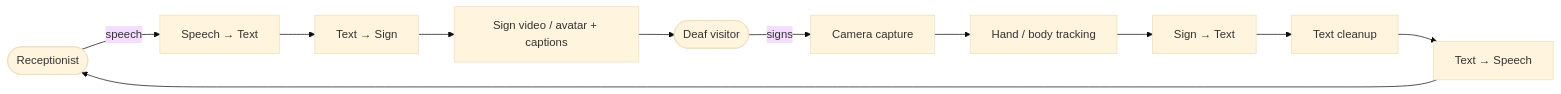
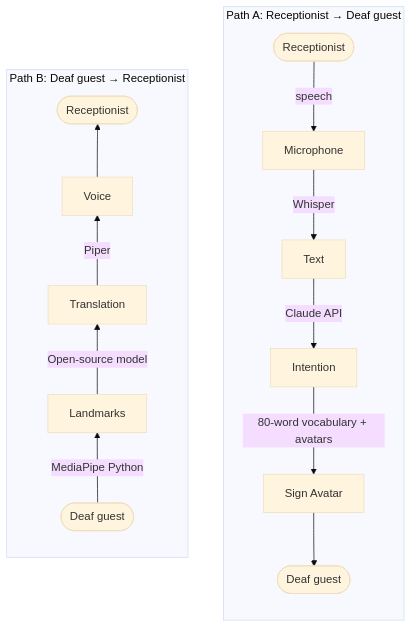
Before and after one commit to nmuller17/Bolna-Buildathon: the diagram in Directions.md, drawn with Mermaid (base theme). The commit also changed other lines of this file and 29 other files, not shown here.

First line of the commit message:
Scaffold sign language translator: backend, frontend, model, and scripts

````diff
--- a/Directions.md
+++ b/Directions.md
@@ -7,14 +7,19 @@
 ```mermaid
-flowchart LR
-    R([Receptionist]) -- speech --> A1[Speech → Text]
-    A1 --> A2[Text → Sign]
-    A2 --> A3[Sign video / avatar + captions]
-    A3 --> D([Deaf visitor])
+flowchart TB
+    subgraph A[Path A: Receptionist → Deaf guest]
+        direction TB
+        R1([Receptionist]) -- speech --> A1[Microphone]
+        A1 -- Whisper --> A2[Text]
+        A2 -- Claude API --> A3[Intention]
+        A3 -- 80-word vocabulary + avatars --> A4[Sign Avatar]
+        A4 --> D1([Deaf guest])
+    end
 
-    D -- signs --> B1[Camera capture]
-    B1 --> B2[Hand / body tracking]
-    B2 --> B3[Sign → Text]
-    B3 --> B4[Text cleanup]
-    B4 --> B5[Text → Speech]
-    B5 --> R
+    subgraph B[Path B: Deaf guest → Receptionist]
+        direction BT
+        D2([Deaf guest]) -- MediaPipe Python --> B1[Landmarks]
+        B1 -- Open-source model --> B2[Translation]
+        B2 -- Piper --> B3[Voice]
+        B3 --> R2([Receptionist])
+    end
 ```
````
